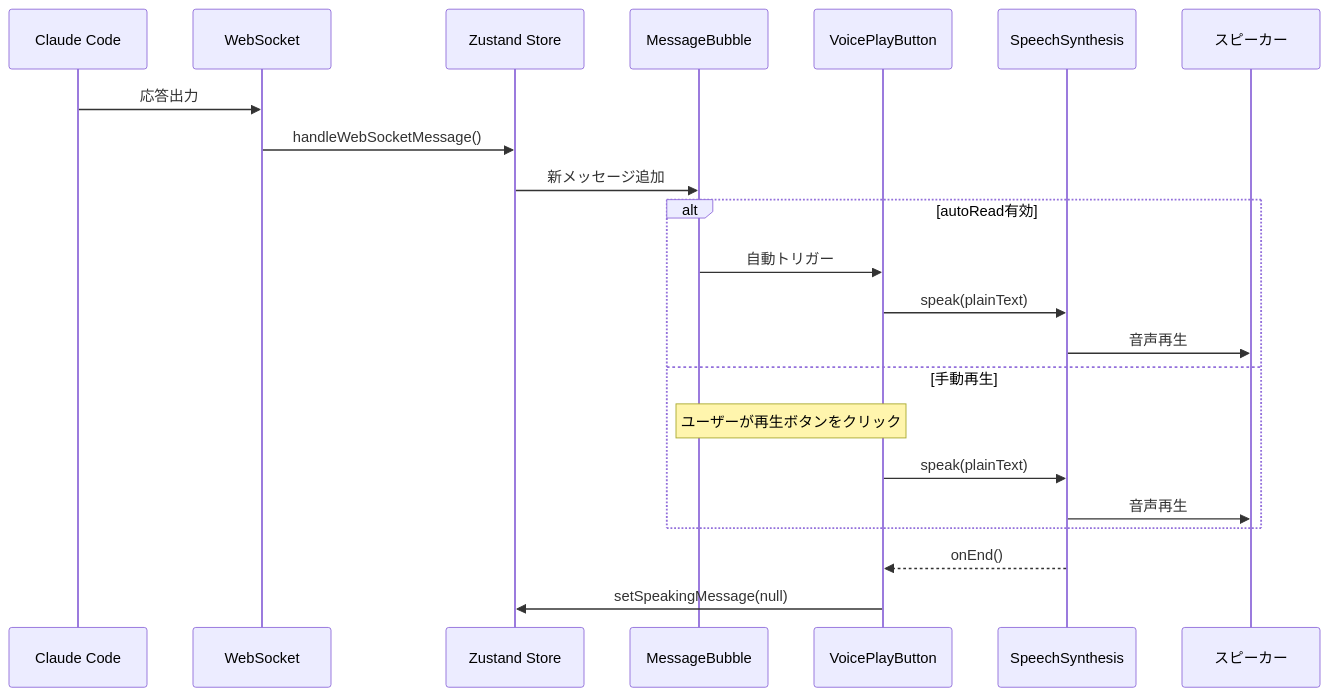
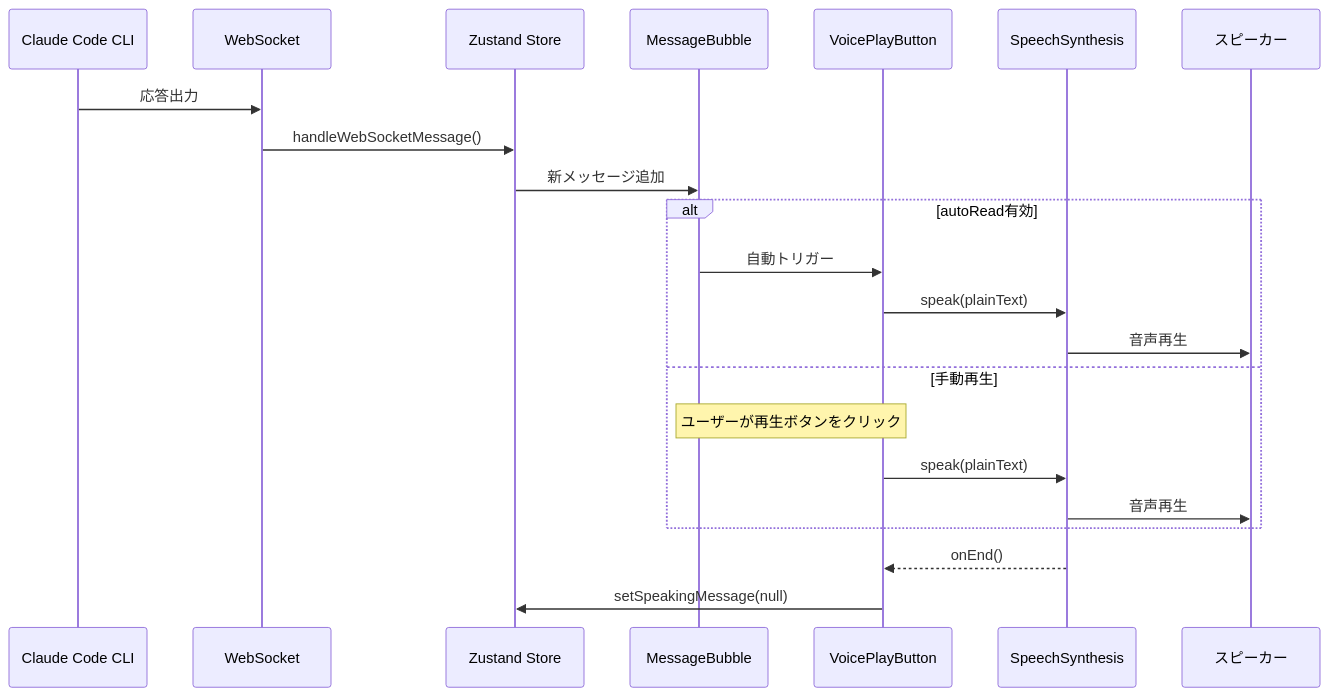
Diagram 11 of 11 in docs/design.md (windschord/claude-work), drawn with Mermaid before and after one commit. The commit also changed other lines of this file, not shown here.

````diff
--- a/docs/design.md
+++ b/docs/design.md
@@ -1563,27 +1568,27 @@
 ```mermaid
 sequenceDiagram
-    participant CC as Claude Code
+    participant CC as Claude Code CLI
     participant WS as WebSocket
     participant Store as Zustand Store
     participant MB as MessageBubble
     participant VPB as VoicePlayButton
     participant SS as SpeechSynthesis
     participant Speaker as スピーカー
 
     CC->>WS: 応答出力
     WS->>Store: handleWebSocketMessage()
     Store->>MB: 新メッセージ追加
 
     alt autoRead有効
         MB->>VPB: 自動トリガー
         VPB->>SS: speak(plainText)
         SS->>Speaker: 音声再生
     else 手動再生
         Note over MB,VPB: ユーザーが再生ボタンをクリック
         VPB->>SS: speak(plainText)
         SS->>Speaker: 音声再生
     end
 
     SS-->>VPB: onEnd()
     VPB->>Store: setSpeakingMessage(null)
 ```
````
